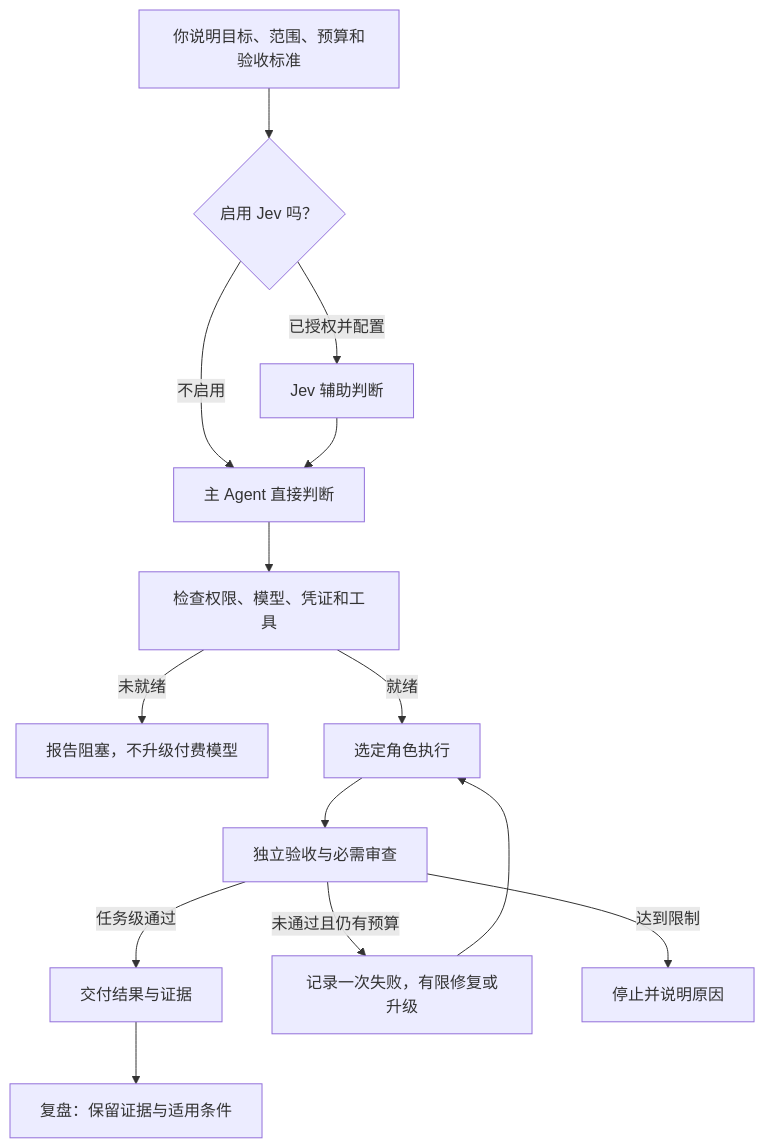
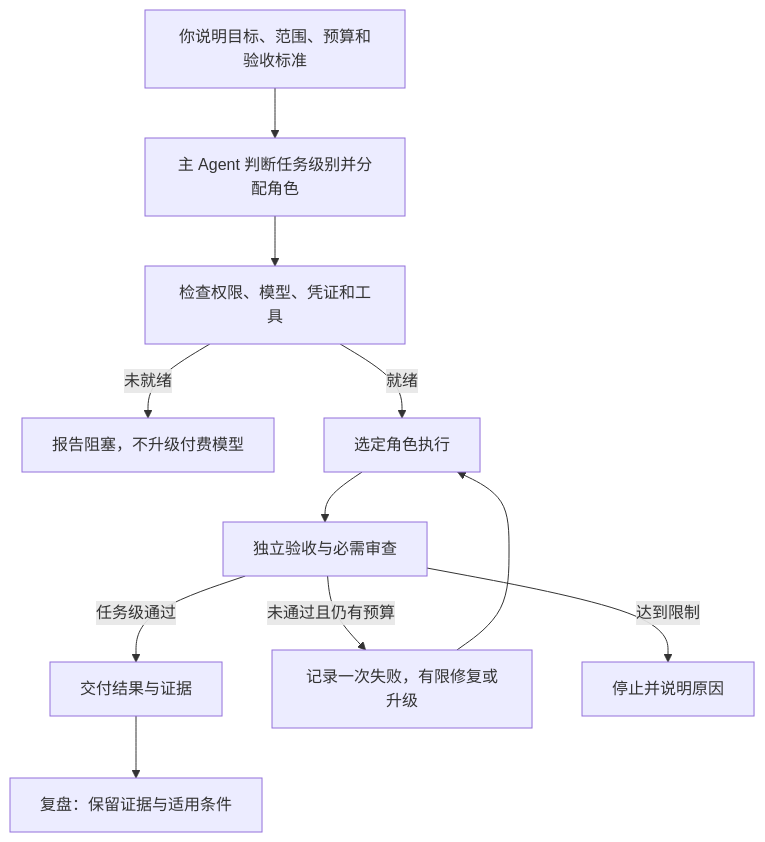
One commit to greyano12syp-a11y/ai-workflow-guide changed the first of 2 diagrams in README.md. Above: the diagram before and after it, drawn with Mermaid. The commit also changed other lines of this file, not shown here.

Commit message:
docs: focus on tier assignments and move Jev to optional appendix

````diff
--- a/README.md
+++ b/README.md
@@ -55,16 +56,13 @@
 ```mermaid
 flowchart TD
-    A[你说明目标、范围、预算和验收标准] --> B{启用 Jev 吗？}
-    B -->|不启用| C[主 Agent 直接判断]
-    B -->|已授权并配置| D[Jev 辅助判断]
-    D --> C
+    A[你说明目标、范围、预算和验收标准] --> C[主 Agent 判断任务级别并分配角色]
     C --> E[检查权限、模型、凭证和工具]
     E -->|未就绪| X[报告阻塞，不升级付费模型]
     E -->|就绪| F[选定角色执行]
     F --> G[独立验收与必需审查]
     G -->|任务级通过| H[交付结果与证据]
     G -->|未通过且仍有预算| I[记录一次失败，有限修复或升级]
     I --> F
     G -->|达到限制| J[停止并说明原因]
     H --> K[复盘：保留证据与适用条件]
 ```
````
